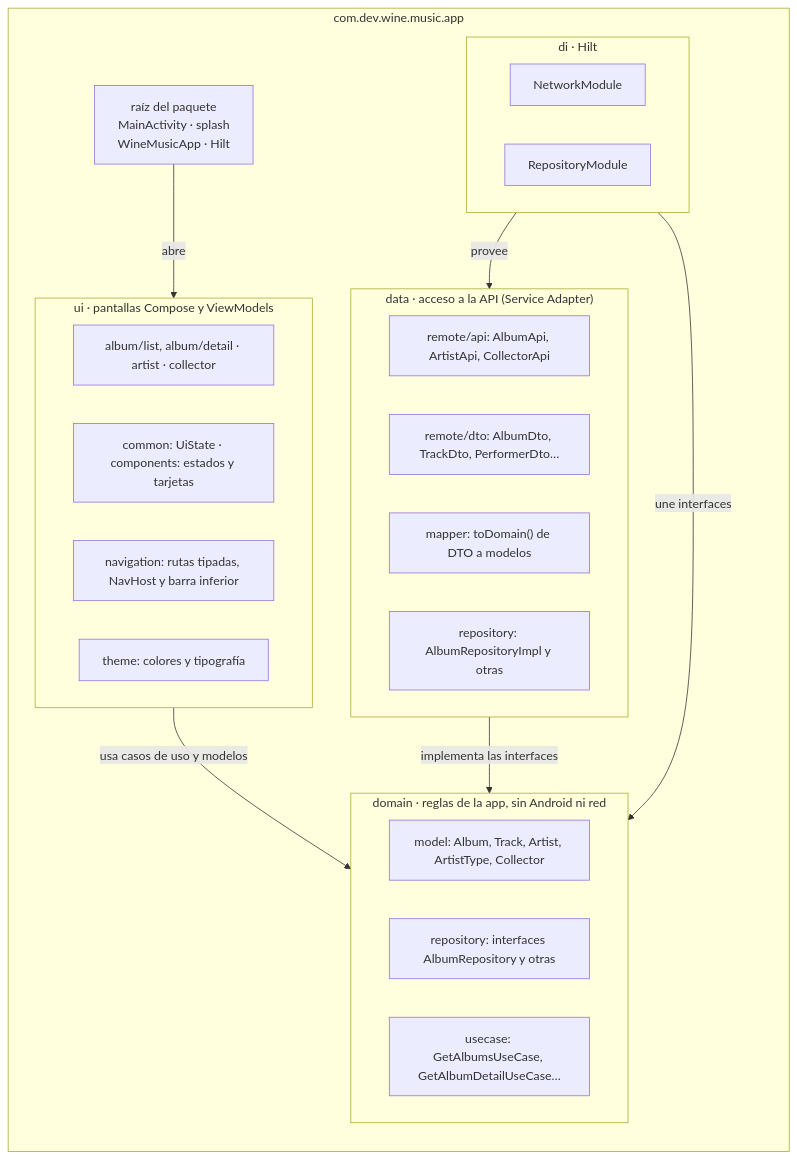
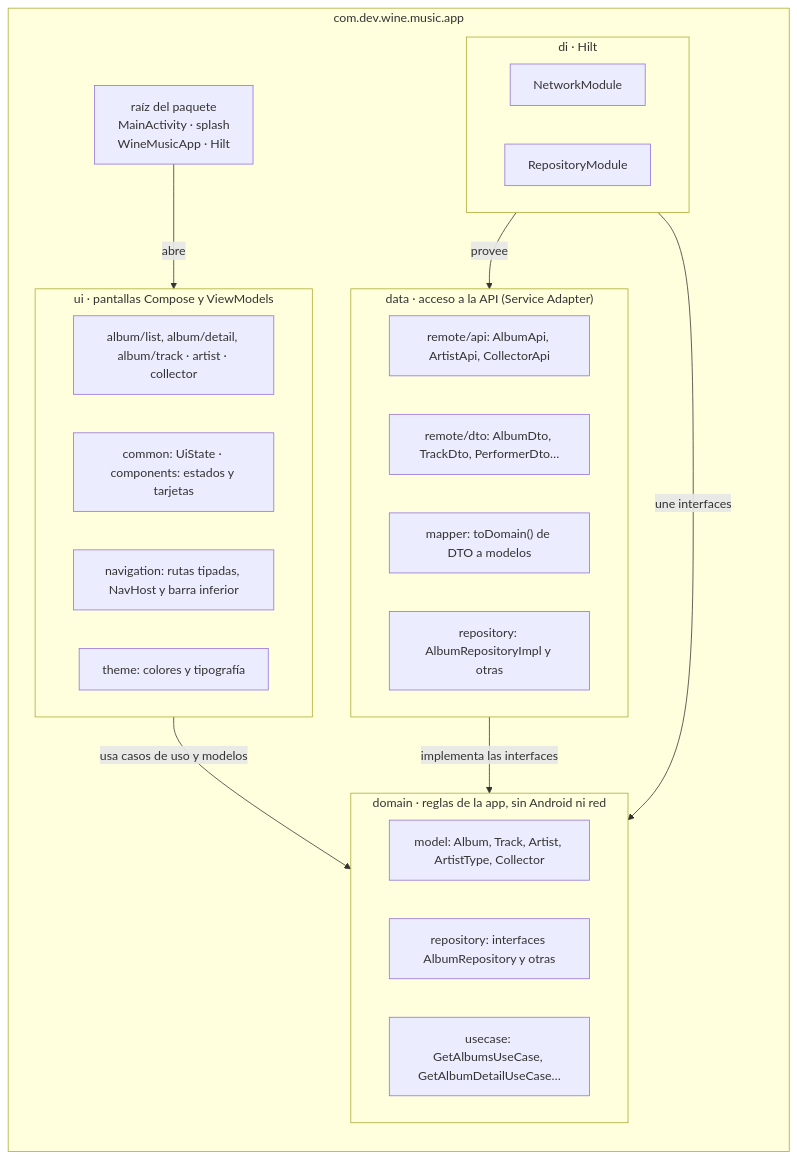
One commit to jhon0520/Andes-Vynils-App changed the second of 4 diagrams in docs/App-technical-documentation.md. Above: the diagram before and after it, drawn with Mermaid. The commit also changed other lines of this file and 28 other files, not shown here.

````diff
--- a/docs/App-technical-documentation.md
+++ b/docs/App-technical-documentation.md
@@ -60,34 +60,34 @@
 ```mermaid
 flowchart LR
     subgraph ROOT["com.dev.wine.music.app"]
         direction TB
         RAIZ["raíz del paquete<br/>MainActivity · splash<br/>WineMusicApp · Hilt"]
         subgraph UIP["ui · pantallas Compose y ViewModels"]
-            U1["album/list, album/detail · artist · collector"]
+            U1["album/list, album/detail, album/track · artist · collector"]
             U2["common: UiState · components: estados y tarjetas"]
             U3["navigation: rutas tipadas, NavHost y barra inferior"]
             U4["theme: colores y tipografía"]
         end
         subgraph DOM["domain · reglas de la app, sin Android ni red"]
             D1["model: Album, Track, Artist, ArtistType, Collector"]
             D2["repository: interfaces AlbumRepository y otras"]
             D3["usecase: GetAlbumsUseCase, GetAlbumDetailUseCase…"]
         end
         subgraph DAT["data · acceso a la API (Service Adapter)"]
             A1["remote/api: AlbumApi, ArtistApi, CollectorApi"]
             A2["remote/dto: AlbumDto, TrackDto, PerformerDto…"]
             A3["mapper: toDomain() de DTO a modelos"]
             A4["repository: AlbumRepositoryImpl y otras"]
         end
         subgraph DI["di · Hilt"]
             I1["NetworkModule"]
             I2["RepositoryModule"]
         end
     end
 
     RAIZ -- abre --> UIP
     UIP -- "usa casos de uso y modelos" --> DOM
     DAT -- "implementa las interfaces" --> DOM
     DI -- provee --> DAT
     DI -- "une interfaces" --> DOM
 ```
````
